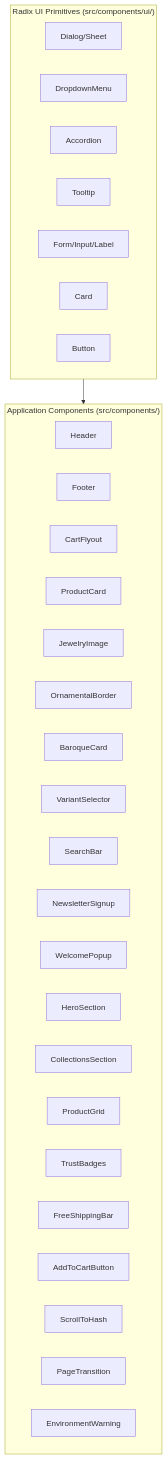
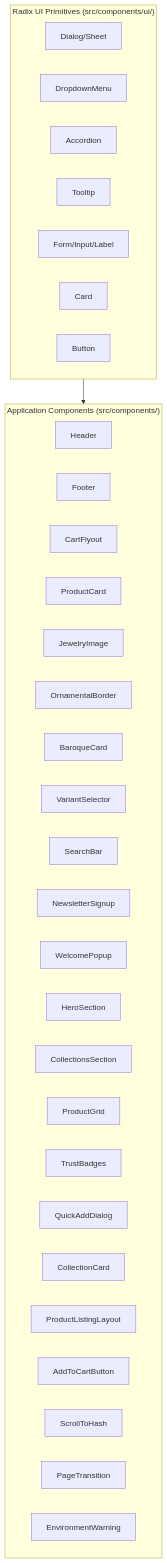
Before and after one commit to JasdeepN/house-of-mornii-shop: the diagram in docs/02-components.md, drawn with Mermaid. The commit also changed other lines of this file and 7 other files, not shown here.

````diff
--- a/docs/02-components.md
+++ b/docs/02-components.md
@@ -9,37 +9,39 @@
 ```mermaid
 graph TD
     subgraph Primitives["Radix UI Primitives (src/components/ui/)"]
         Dialog[Dialog/Sheet]
         Dropdown[DropdownMenu]
         Accordion[Accordion]
         Tooltip[Tooltip]
         Form[Form/Input/Label]
         Card[Card]
         Button[Button]
     end
 
     subgraph Application["Application Components (src/components/)"]
         Header[Header]
         Footer[Footer]
         CartFlyout[CartFlyout]
         ProductCard[ProductCard]
         JewelryImage[JewelryImage]
         OrnamentalBorder[OrnamentalBorder]
         BaroqueCard[BaroqueCard]
         VariantSelector[VariantSelector]
         SearchBar[SearchBar]
         NewsletterSignup[NewsletterSignup]
         WelcomePopup[WelcomePopup]
         HeroSection[HeroSection]
         CollectionsSection[CollectionsSection]
         ProductGrid[ProductGrid]
         TrustBadges[TrustBadges]
-        FreeShippingBar[FreeShippingBar]
+        QuickAddDialog[QuickAddDialog]
+        CollectionCard[CollectionCard]
+        ProductListingLayout[ProductListingLayout]
         AddToCartButton[AddToCartButton]
         ScrollToHash[ScrollToHash]
         PageTransition[PageTransition]
         EnvironmentWarning[EnvironmentWarning]
     end
 
     Primitives --> Application
 ```
````
